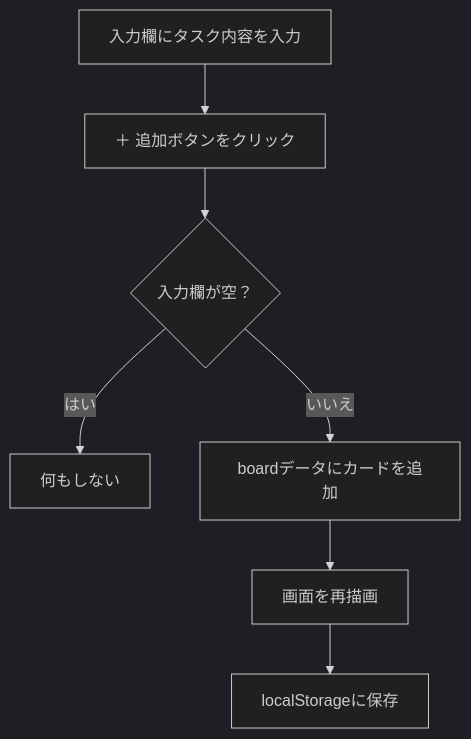
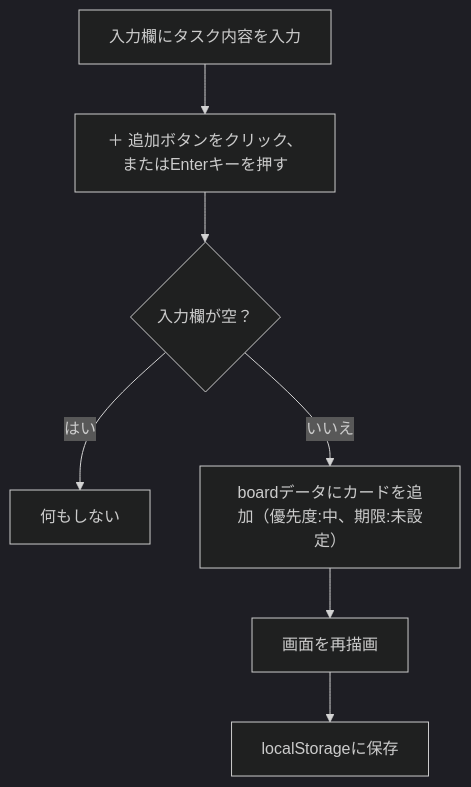
One commit to ibubu7777777-ux/TaskManagement changed the first of 6 diagrams in docs/画面設計.md. Above: the diagram before and after it, drawn with Mermaid (dark theme). The commit also changed other lines of this file and 7 other files, not shown here.

````diff
--- a/docs/画面設計.md
+++ b/docs/画面設計.md
@@ -40,9 +44,9 @@
 ```mermaid
 flowchart TD
-    A[入力欄にタスク内容を入力] --> B["＋ 追加"ボタンをクリック]
+    A[入力欄にタスク内容を入力] --> B["＋ 追加"ボタンをクリック、またはEnterキーを押す]
     B --> C{入力欄が空？}
     C -- はい --> D[何もしない]
-    C -- いいえ --> E[boardデータにカードを追加]
+    C -- いいえ --> E[boardデータにカードを追加（優先度:中、期限:未設定）]
     E --> F[画面を再描画]
     F --> G[localStorageに保存]
 ```
````
